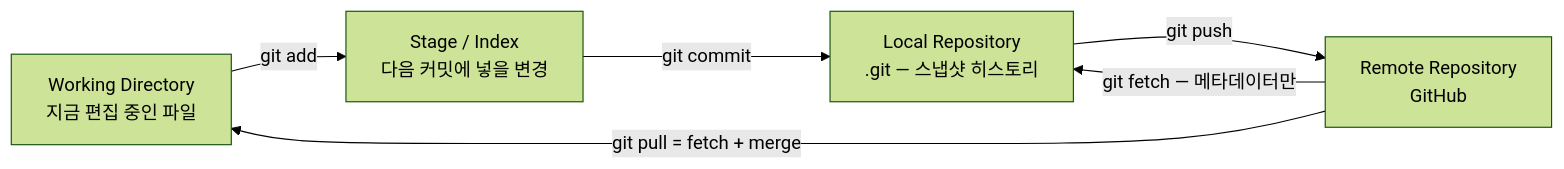
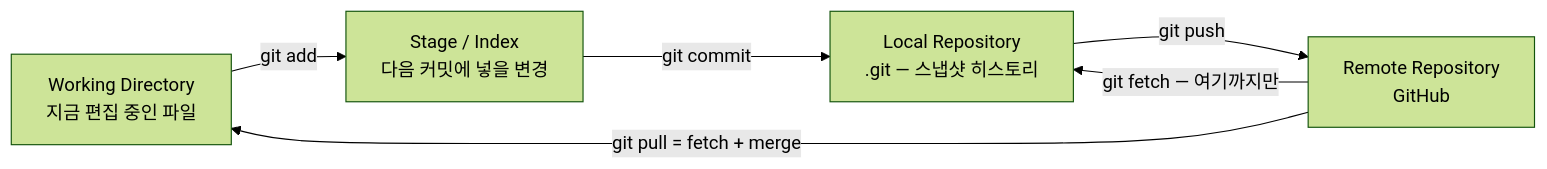
One commit to withwooyong/withwooyong.github.io changed the first of 3 diagrams in content/blog/backend-engineering/version-control-as-cicd-premise.md. Above: the diagram before and after it, drawn with Mermaid (forest theme). The commit also changed other lines of this file and 1 other file, not shown here.

````diff
--- a/content/blog/backend-engineering/version-control-as-cicd-premise.md
+++ b/content/blog/backend-engineering/version-control-as-cicd-premise.md
@@ -73,8 +77,8 @@
 ```mermaid
 flowchart LR
     WD["Working Directory<br/>지금 편집 중인 파일"] -->|"git add"| IDX["Stage / Index<br/>다음 커밋에 넣을 변경"]
     IDX -->|"git commit"| LOC["Local Repository<br/>.git — 스냅샷 히스토리"]
     LOC -->|"git push"| REM["Remote Repository<br/>GitHub"]
-    REM -->|"git fetch — 메타데이터만"| LOC
+    REM -->|"git fetch — 여기까지만"| LOC
     REM -->|"git pull = fetch + merge"| WD
 ```
````
